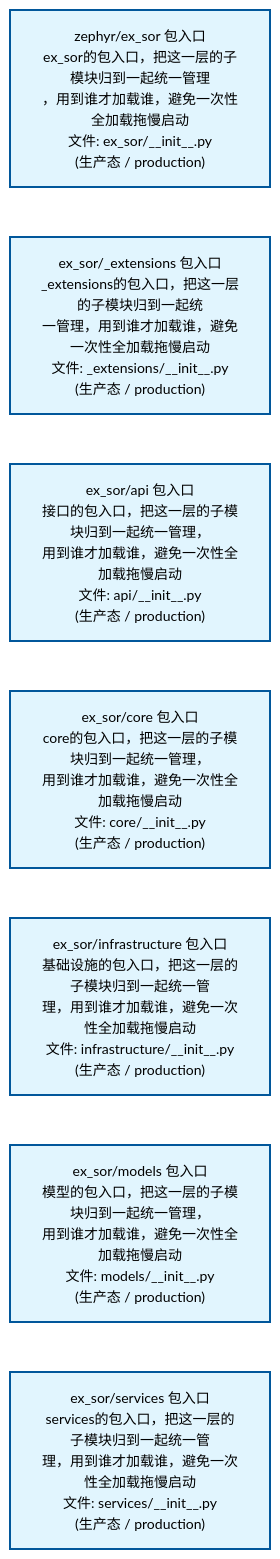
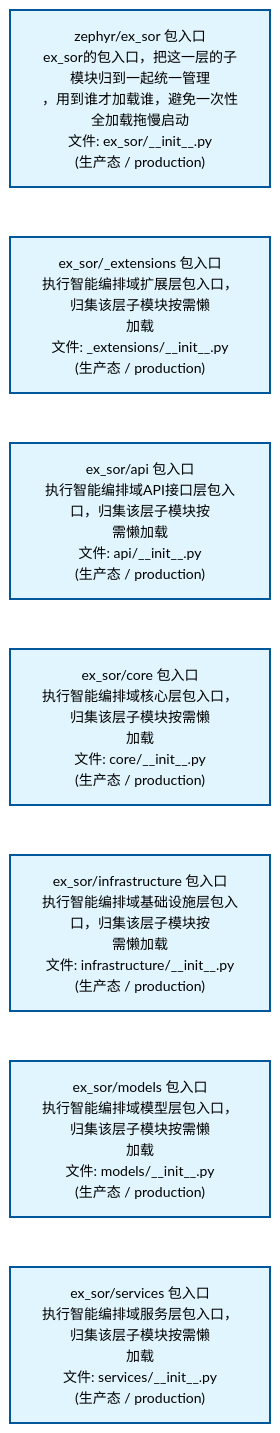
One commit to xuanFelixVan/ZephyrAlpha changed the second of 4 diagrams in docs/02_enterprise_architecture/02_domain_architecture_docs/45_d_ex_sor.md. Above: the diagram before and after it, drawn with Mermaid. The commit also changed other lines of this file and 63 other files, not shown here.

````diff
--- a/docs/02_enterprise_architecture/02_domain_architecture_docs/45_d_ex_sor.md
+++ b/docs/02_enterprise_architecture/02_domain_architecture_docs/45_d_ex_sor.md
@@ -111,22 +111,22 @@
 ```mermaid
 %%{init: {'theme': 'base', 'themeVariables': {'primaryColor': '#eaeaea', 'primaryTextColor': '#333333', 'primaryBorderColor': '#666666', 'lineColor': '#666666', 'secondaryColor': '#eaeaea', 'tertiaryColor': '#eaeaea', 'fontSize': '14px'}}}%%
 flowchart TD
     src_zephyr_ex_sor_init_py["zephyr/ex_sor 包入口<br/>ex_sor的包入口，把这一层的子模块归到一起统一管理<br/>，用到谁才加载谁，避免一次性全加载拖慢启动<br/>文件: ex_sor/__init__.py<br/>(生产态 / production)"]
-    src_zephyr_ex_sor_extensions_init_py["ex_sor/_extensions 包入口<br/>_extensions的包入口，把这一层的子模块归到一起统<br/>一管理，用到谁才加载谁，避免一次性全加载拖慢启动<br/>文件: _extensions/__init__.py<br/>(生产态 / production)"]
-    src_zephyr_ex_sor_api_init_py["ex_sor/api 包入口<br/>接口的包入口，把这一层的子模块归到一起统一管理，<br/>用到谁才加载谁，避免一次性全加载拖慢启动<br/>文件: api/__init__.py<br/>(生产态 / production)"]
-    src_zephyr_ex_sor_core_init_py["ex_sor/core 包入口<br/>core的包入口，把这一层的子模块归到一起统一管理，<br/>用到谁才加载谁，避免一次性全加载拖慢启动<br/>文件: core/__init__.py<br/>(生产态 / production)"]
-    src_zephyr_ex_sor_infrastructure_init_py["ex_sor/infrastructure 包入口<br/>基础设施的包入口，把这一层的子模块归到一起统一管<br/>理，用到谁才加载谁，避免一次性全加载拖慢启动<br/>文件: infrastructure/__init__.py<br/>(生产态 / production)"]
-    src_zephyr_ex_sor_models_init_py["ex_sor/models 包入口<br/>模型的包入口，把这一层的子模块归到一起统一管理，<br/>用到谁才加载谁，避免一次性全加载拖慢启动<br/>文件: models/__init__.py<br/>(生产态 / production)"]
-    src_zephyr_ex_sor_services_init_py["ex_sor/services 包入口<br/>services的包入口，把这一层的子模块归到一起统一管<br/>理，用到谁才加载谁，避免一次性全加载拖慢启动<br/>文件: services/__init__.py<br/>(生产态 / production)"]
+    src_zephyr_ex_sor_extensions_init_py["ex_sor/_extensions 包入口<br/>执行智能编排域扩展层包入口，归集该层子模块按需懒<br/>加载<br/>文件: _extensions/__init__.py<br/>(生产态 / production)"]
+    src_zephyr_ex_sor_api_init_py["ex_sor/api 包入口<br/>执行智能编排域API接口层包入口，归集该层子模块按<br/>需懒加载<br/>文件: api/__init__.py<br/>(生产态 / production)"]
+    src_zephyr_ex_sor_core_init_py["ex_sor/core 包入口<br/>执行智能编排域核心层包入口，归集该层子模块按需懒<br/>加载<br/>文件: core/__init__.py<br/>(生产态 / production)"]
+    src_zephyr_ex_sor_infrastructure_init_py["ex_sor/infrastructure 包入口<br/>执行智能编排域基础设施层包入口，归集该层子模块按<br/>需懒加载<br/>文件: infrastructure/__init__.py<br/>(生产态 / production)"]
+    src_zephyr_ex_sor_models_init_py["ex_sor/models 包入口<br/>执行智能编排域模型层包入口，归集该层子模块按需懒<br/>加载<br/>文件: models/__init__.py<br/>(生产态 / production)"]
+    src_zephyr_ex_sor_services_init_py["ex_sor/services 包入口<br/>执行智能编排域服务层包入口，归集该层子模块按需懒<br/>加载<br/>文件: services/__init__.py<br/>(生产态 / production)"]
     src_zephyr_ex_sor_init_py ~~~ src_zephyr_ex_sor_extensions_init_py
     src_zephyr_ex_sor_extensions_init_py ~~~ src_zephyr_ex_sor_api_init_py
     src_zephyr_ex_sor_api_init_py ~~~ src_zephyr_ex_sor_core_init_py
     src_zephyr_ex_sor_core_init_py ~~~ src_zephyr_ex_sor_infrastructure_init_py
     src_zephyr_ex_sor_infrastructure_init_py ~~~ src_zephyr_ex_sor_models_init_py
     src_zephyr_ex_sor_models_init_py ~~~ src_zephyr_ex_sor_services_init_py
     classDef production fill:#e1f5fe,stroke:#01579b,stroke-width:2px,color:#000
     classDef design fill:#fff3e0,stroke:#e65100,stroke-width:2px,color:#000,stroke-dasharray: 5 5
     classDef external_prod fill:#e8f4fd,stroke:#0277bd,stroke-width:1px,color:#000
     classDef external_design fill:#fff8e7,stroke:#ef6c00,stroke-width:1px,color:#000,stroke-dasharray: 5 5
     class src_zephyr_ex_sor_init_py,src_zephyr_ex_sor_extensions_init_py,src_zephyr_ex_sor_api_init_py,src_zephyr_ex_sor_core_init_py,src_zephyr_ex_sor_infrastructure_init_py,src_zephyr_ex_sor_models_init_py,src_zephyr_ex_sor_services_init_py production
 ```
````
